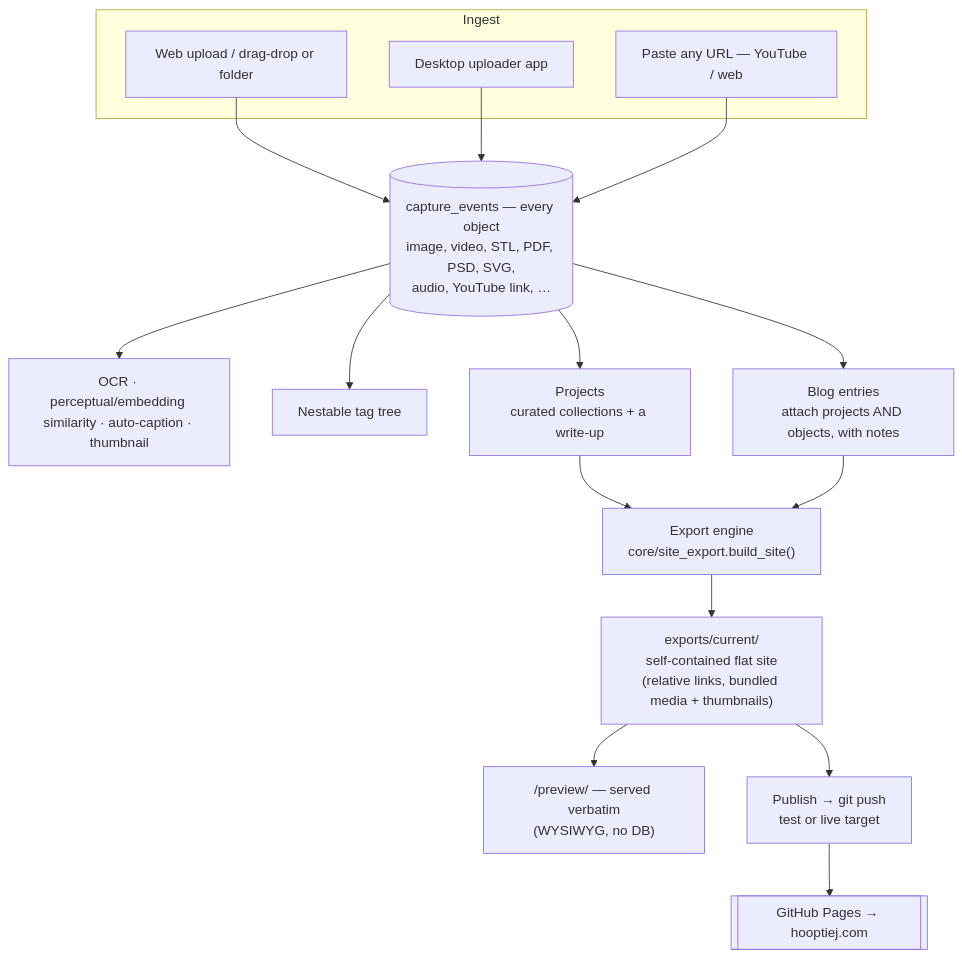
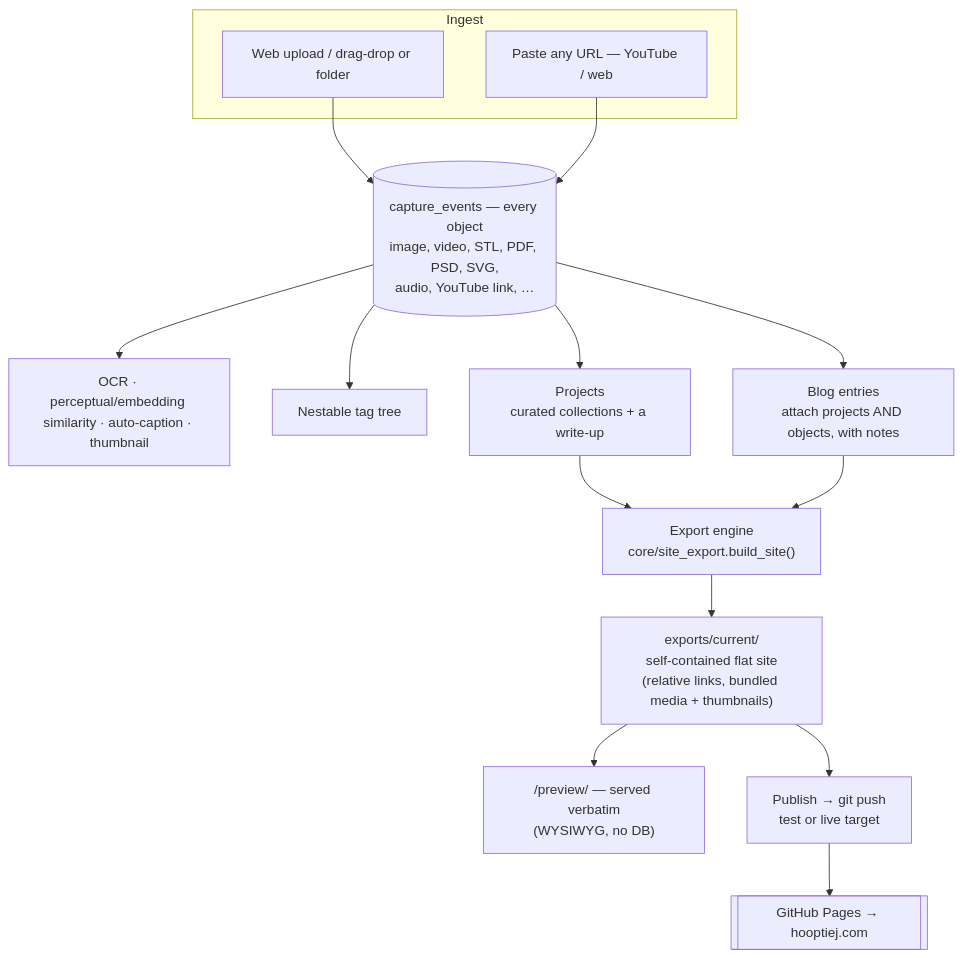
Before and after one commit to hooptiej/Constructicon: the first of 3 diagrams in README.md, drawn with Mermaid. The commit also changed other lines of this file and 39 other files, not shown here.

First line of the commit message:
Closing the shed nobody parks in: desktop uploader and Thingiverse token removed

````diff
--- a/README.md
+++ b/README.md
@@ -25,22 +25,20 @@
 ```mermaid
 flowchart TD
     subgraph ingest [Ingest]
         U[Web upload / drag-drop or folder]
-        D[Desktop uploader app]
         L[Paste any URL — YouTube / web]
     end
     U --> CE
-    D --> CE
     L --> CE
     CE[("capture_events — every object<br/>image, video, STL, PDF, PSD, SVG,<br/>audio, YouTube link, …")]
     CE --> ENRICH[OCR · perceptual/embedding similarity · auto-caption · thumbnail]
     CE --> TAGS[Nestable tag tree]
     CE --> PROJ["Projects<br/>curated collections + a write-up"]
     CE --> BLOG["Blog entries<br/>attach projects AND objects, with notes"]
     PROJ --> EXPORT
     BLOG --> EXPORT
     EXPORT["Export engine<br/>core/site_export.build_site()"] --> BUILD["exports/current/<br/>self-contained flat site<br/>(relative links, bundled media + thumbnails)"]
     BUILD --> PREVIEW["/preview/ — served verbatim<br/>(WYSIWYG, no DB)"]
     BUILD --> PUBLISH["Publish → git push<br/>test or live target"]
     PUBLISH --> PAGES[["GitHub Pages → hooptiej.com"]]
 ```
````
